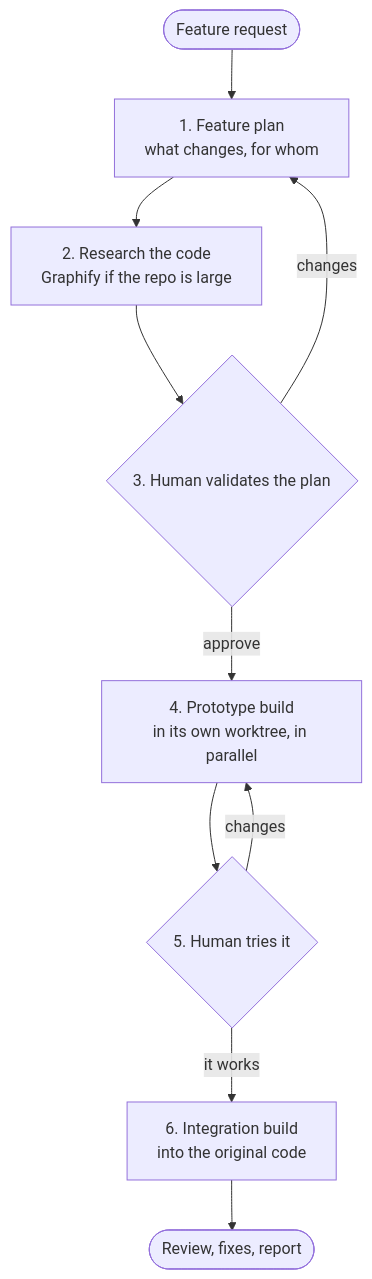
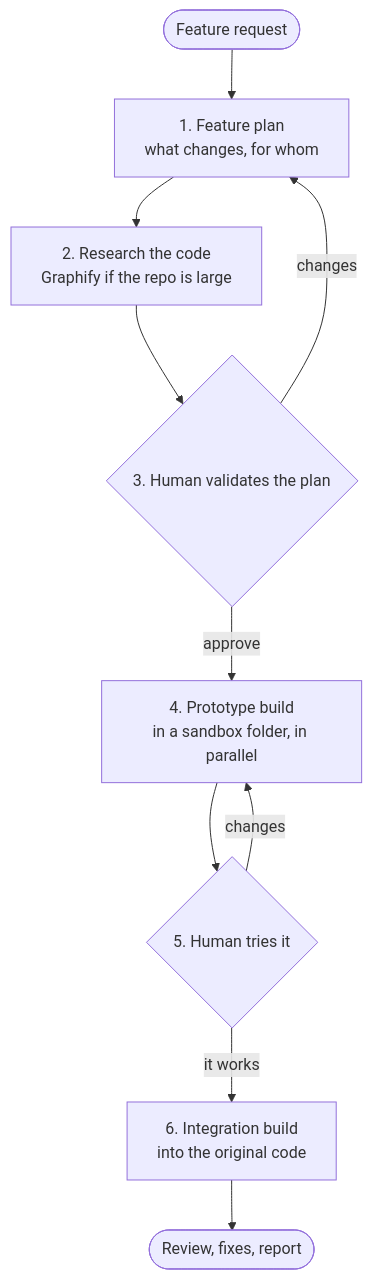
One commit to iha2/superlite changed the diagram in docs/feature-flow.md. Above: the diagram before and after it, drawn with Mermaid. The commit also changed other lines of this file and 54 other files, not shown here.

First line of the commit message:
Feature prototypes run in an in-checkout sandbox, not a worktree

````diff
--- a/docs/feature-flow.md
+++ b/docs/feature-flow.md
@@ -27,12 +27,12 @@
 ```mermaid
 flowchart TB
   A([Feature request]) --> B["1. Feature plan\nwhat changes, for whom"]
   B --> C["2. Research the code\nGraphify if the repo is large"]
   C --> D{"3. Human validates the plan"}
   D -- "changes" --> B
-  D -- "approve" --> E["4. Prototype build\nin its own worktree, in parallel"]
+  D -- "approve" --> E["4. Prototype build\nin a sandbox folder, in parallel"]
   E --> F{"5. Human tries it"}
   F -- "changes" --> E
   F -- "it works" --> G["6. Integration build\ninto the original code"]
   G --> H([Review, fixes, report])
 ```
````
